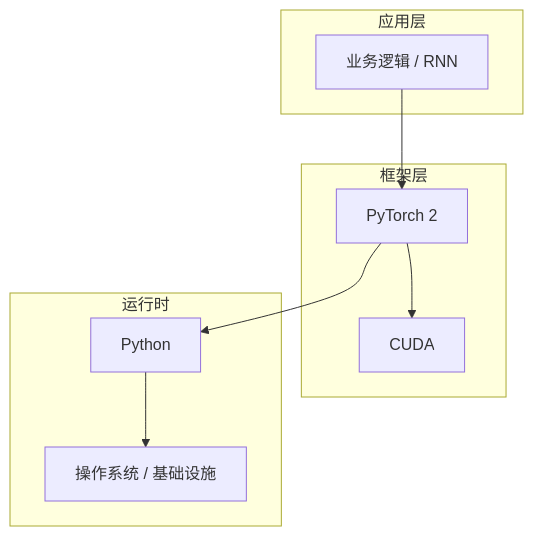
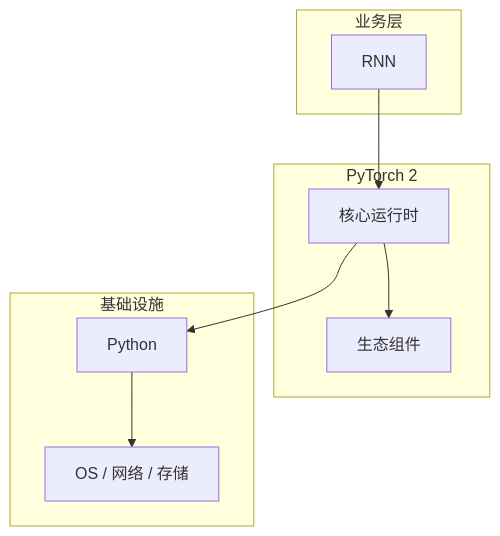
One commit to yanggan2015/knowledge-json-v2 changed the diagram in articles/深度学习/chapters/043-RNN核心概念与原理.md. Above: the diagram before and after it, drawn with Mermaid. The commit also changed other lines of this file and 10127 other files, not shown here.

````diff
--- a/articles/深度学习/chapters/043-RNN核心概念与原理.md
+++ b/articles/深度学习/chapters/043-RNN核心概念与原理.md
@@ -45,18 +30,18 @@
 ```mermaid
 graph TB
-    subgraph 应用层
-        A[业务逻辑 / RNN]
+    subgraph 业务层
+        A[RNN]
     end
-    subgraph 框架层
-        B[PyTorch 2]
-        C[CUDA]
+    subgraph PyTorch 2
+        B[核心运行时]
+        C[生态组件]
     end
-    subgraph 运行时
+    subgraph 基础设施
         D[Python]
-        E[操作系统 / 基础设施]
+        E[OS / 网络 / 存储]
     end
     A --> B
     B --> C
     B --> D
     D --> E
 ```
````
